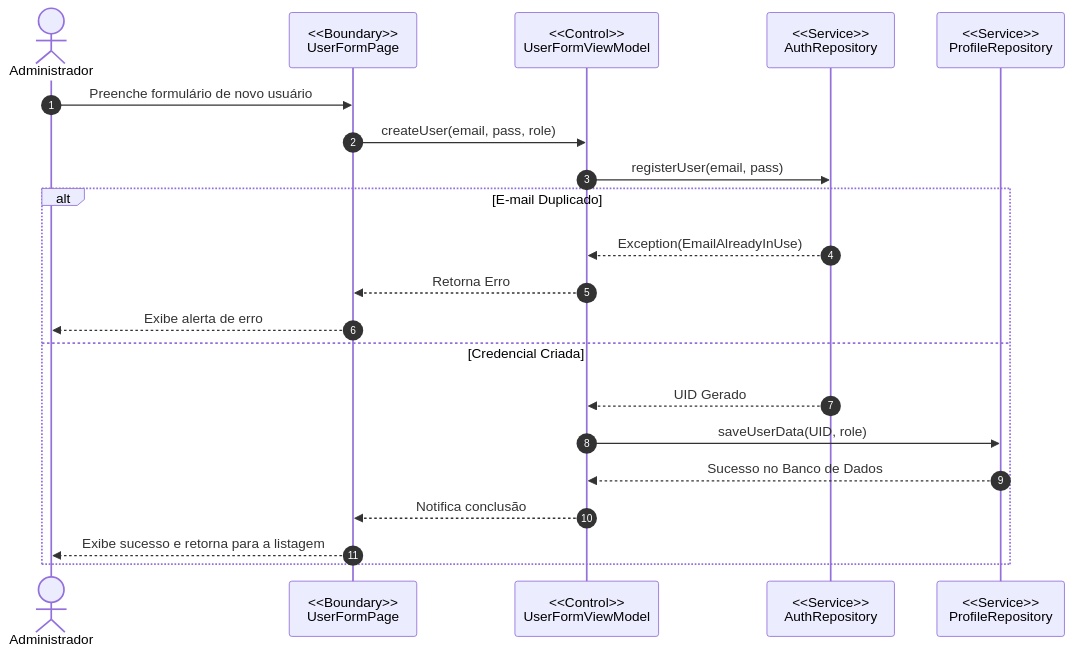
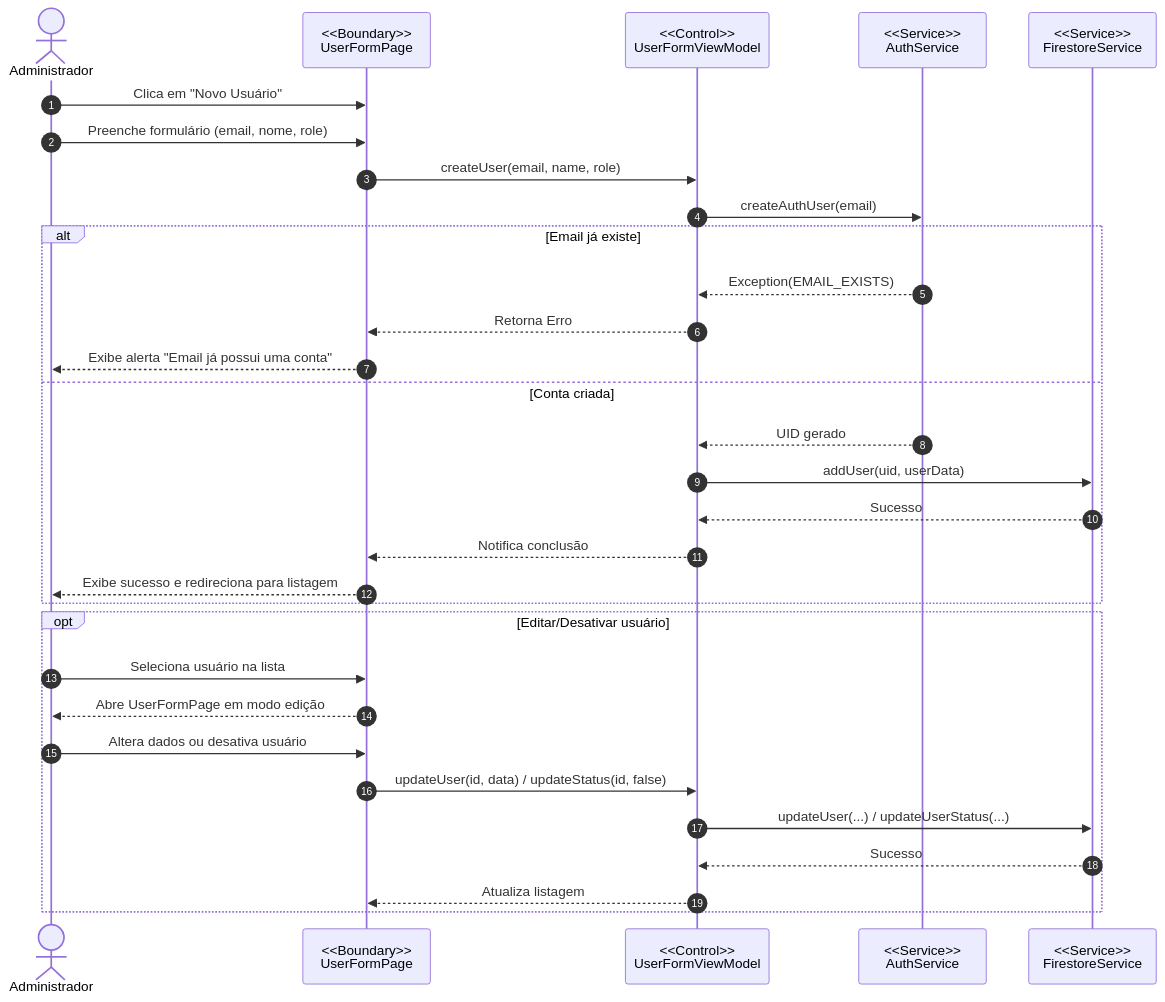
One commit to leandromesq/anasoil changed the seventh of 7 diagrams in docs/documentacao_anasoil.md. Above: the diagram before and after it, drawn with Mermaid. The commit also changed other lines of this file and 1 other file, not shown here.

Commit message:
Revise docs architecture and delete CI workflow

````diff
--- a/docs/documentacao_anasoil.md
+++ b/docs/documentacao_anasoil.md
@@ -270,25 +554,36 @@
 ```mermaid
 sequenceDiagram
     autonumber
     actor Ad as Administrador
     participant UI as <<Boundary>><br>UserFormPage
     participant VM as <<Control>><br>UserFormViewModel
-    participant Auth as <<Service>><br>AuthRepository
-    participant Repo as <<Service>><br>ProfileRepository
+    participant Auth as <<Service>><br>AuthService
+    participant FS as <<Service>><br>FirestoreService
 
-    Ad->>UI: Preenche formulário de novo usuário
-    UI->>VM: createUser(email, pass, role)
-    VM->>Auth: registerUser(email, pass)
+    Ad->>UI: Clica em "Novo Usuário"
+    Ad->>UI: Preenche formulário (email, nome, role)
+    UI->>VM: createUser(email, name, role)
+    VM->>Auth: createAuthUser(email)
     
-    alt E-mail Duplicado
-        Auth-->>VM: Exception(EmailAlreadyInUse)
+    alt Email já existe
+        Auth-->>VM: Exception(EMAIL_EXISTS)
         VM-->>UI: Retorna Erro
-        UI-->>Ad: Exibe alerta de erro
-    else Credencial Criada
-        Auth-->>VM: UID Gerado
-        VM->>Repo: saveUserData(UID, role)
-        Repo-->>VM: Sucesso no Banco de Dados
+        UI-->>Ad: Exibe alerta "Email já possui uma conta"
+    else Conta criada
+        Auth-->>VM: UID gerado
+        VM->>FS: addUser(uid, userData)
+        FS-->>VM: Sucesso
         VM-->>UI: Notifica conclusão
-        UI-->>Ad: Exibe sucesso e retorna para a listagem
+        UI-->>Ad: Exibe sucesso e redireciona para listagem
+    end
+
+    opt Editar/Desativar usuário
+        Ad->>UI: Seleciona usuário na lista
+        UI-->>Ad: Abre UserFormPage em modo edição
+        Ad->>UI: Altera dados ou desativa usuário
+        UI->>VM: updateUser(id, data) / updateStatus(id, false)
+        VM->>FS: updateUser(...) / updateUserStatus(...)
+        FS-->>VM: Sucesso
+        VM-->>UI: Atualiza listagem
     end
 ```
````
